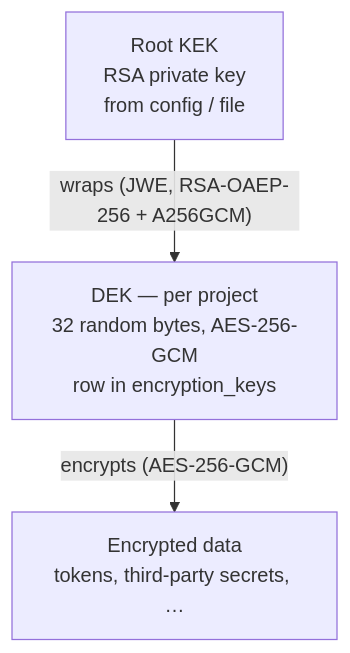
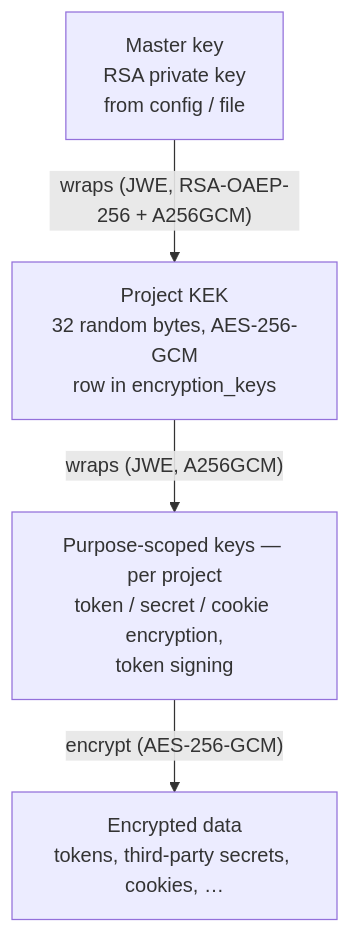
The diagram in docs/operations/encryption-keys.md (zitadel/nextgen), drawn with Mermaid before and after one commit. The commit also changed other lines of this file and 17 other files, not shown here.

````diff
--- a/docs/operations/encryption-keys.md
+++ b/docs/operations/encryption-keys.md
@@ -15,8 +15,10 @@
 ```mermaid
 graph TD
-    KEK["Root KEK<br>RSA private key<br>from config / file"]
-    DEK["DEK — per project<br>32 random bytes, AES-256-GCM<br>row in encryption_keys"]
-    Data["Encrypted data<br>tokens, third-party secrets, …"]
-    KEK -- " wraps (JWE, RSA-OAEP-256 + A256GCM) " --> DEK
-    DEK -- " encrypts (AES-256-GCM) " --> Data
+    MasterKey["Master key<br>RSA private key<br>from config / file"]
+    KEK["Project KEK<br>32 random bytes, AES-256-GCM<br>row in encryption_keys"]
+    PurposeKeys["Purpose-scoped keys — per project<br>token / secret / cookie encryption,<br>token signing"]
+    Data["Encrypted data<br>tokens, third-party secrets, cookies, …"]
+    MasterKey -- " wraps (JWE, RSA-OAEP-256 + A256GCM) " --> KEK
+    KEK -- " wraps (JWE, A256GCM) " --> PurposeKeys
+    PurposeKeys -- " encrypt (AES-256-GCM) " --> Data
 ```
````
